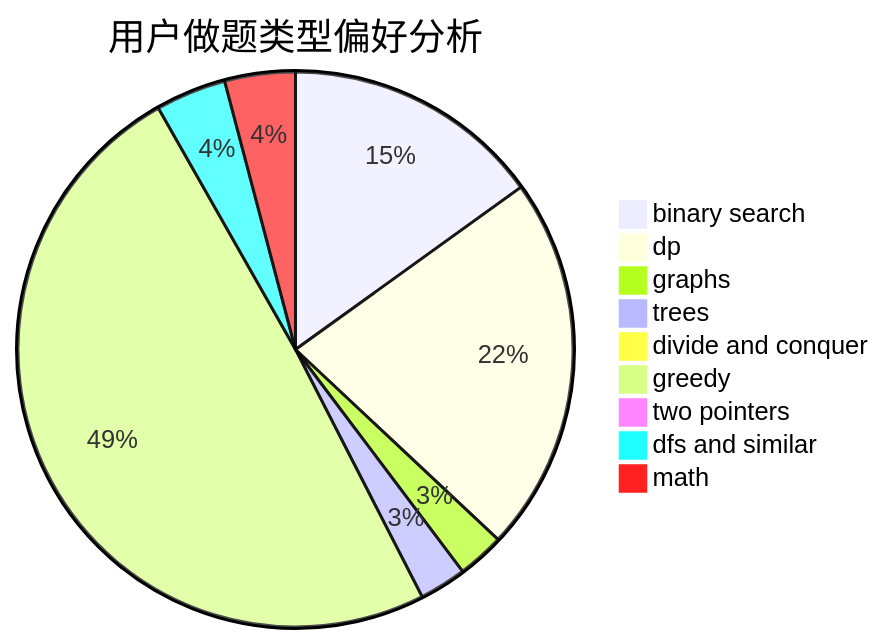
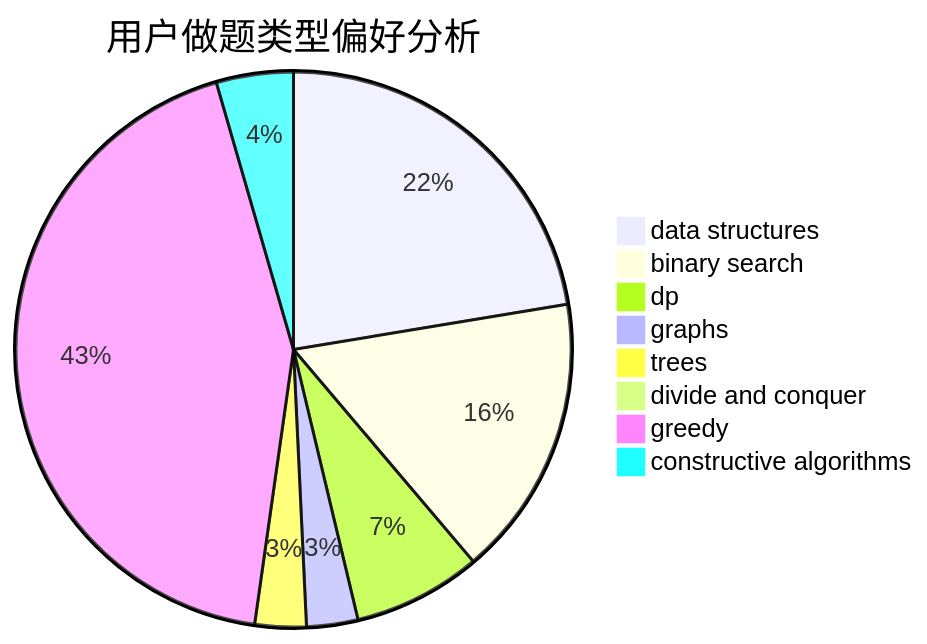
The second of 3 diagrams in docs/user/u953.md (sherpahu/cfrs.github.io), drawn with Mermaid before and after one commit. The commit also changed other lines of this file and 2775 other files, not shown here.

````diff
--- a/docs/user/u953.md
+++ b/docs/user/u953.md
@@ -23,12 +23,11 @@
 ```mermaid
 pie title 用户做题类型偏好分析
+    "data structures" :  15
     "binary search" :  11
-    "dp" :  16
+    "dp" :  5
     "graphs" :  2
     "trees" :  2
     "divide and conquer" :  0
-    "greedy" :  36
-    "two pointers" :  0
-    "dfs and similar" :  3
-    "math" :  3
+    "greedy" :  29
+    "constructive algorithms" :  3
 ```
````
